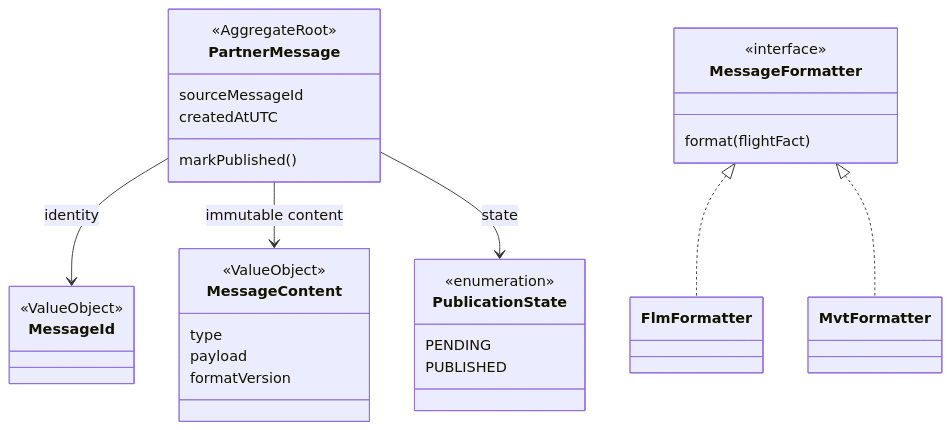
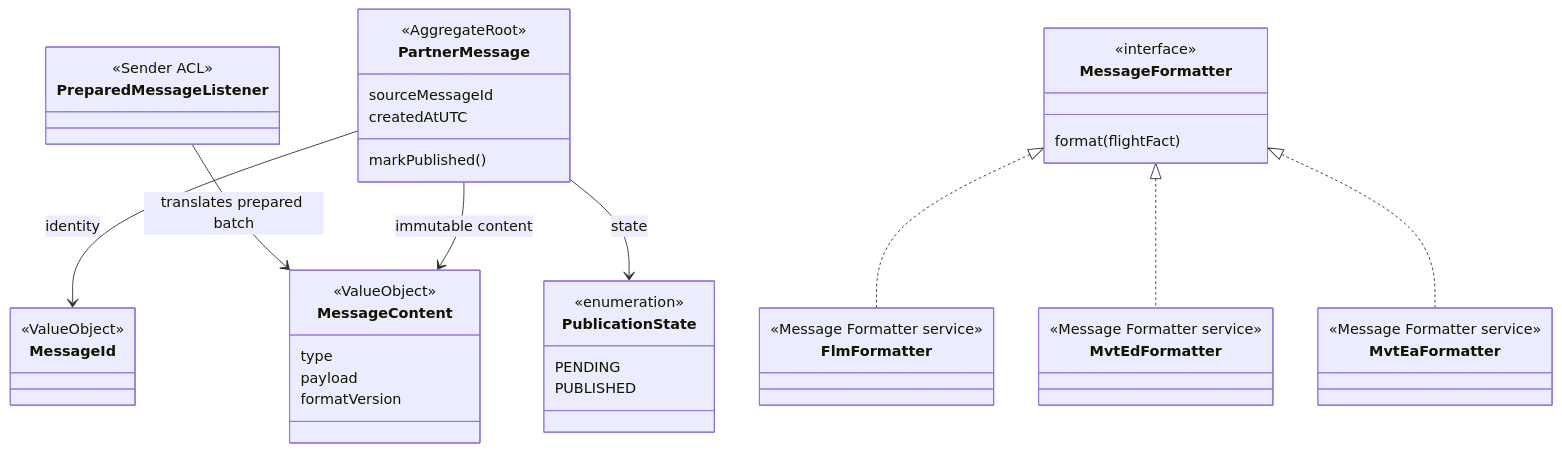
One commit to ebhd/air-freight-operations changed the eighth of 9 diagrams in architecture/analyse.md. Above: the diagram before and after it, drawn with Mermaid. The commit also changed other lines of this file and 74 other files, not shown here.

First line of the commit message:
refactor: separate flight delays and extract message formatter

````diff
--- a/architecture/analyse.md
+++ b/architecture/analyse.md
@@ -438,34 +445,46 @@
 ```mermaid
 classDiagram
     class PartnerMessage {
         <<AggregateRoot>>
         markPublished()
     }
     class MessageId {
         <<ValueObject>>
     }
     class MessageContent {
         <<ValueObject>>
         type
         payload
         formatVersion
     }
     class PublicationState {
         <<enumeration>>
         PENDING
         PUBLISHED
     }
     class MessageFormatter {
         <<interface>>
         format(flightFact)
     }
-    class FlmFormatter
-    class MvtFormatter
+    class FlmFormatter {
+        <<Message Formatter service>>
+    }
+    class MvtEdFormatter {
+        <<Message Formatter service>>
+    }
+    class MvtEaFormatter {
+        <<Message Formatter service>>
+    }
+    class PreparedMessageListener {
+        <<Sender ACL>>
+    }
+    PreparedMessageListener --> MessageContent : translates prepared batch
     PartnerMessage --> MessageId : identity
     PartnerMessage --> MessageContent : immutable content
     PartnerMessage --> PublicationState : state
     PartnerMessage : sourceMessageId
     PartnerMessage : createdAtUTC
     MessageFormatter <|.. FlmFormatter
-    MessageFormatter <|.. MvtFormatter
+    MessageFormatter <|.. MvtEdFormatter
+    MessageFormatter <|.. MvtEaFormatter
 ```
````
